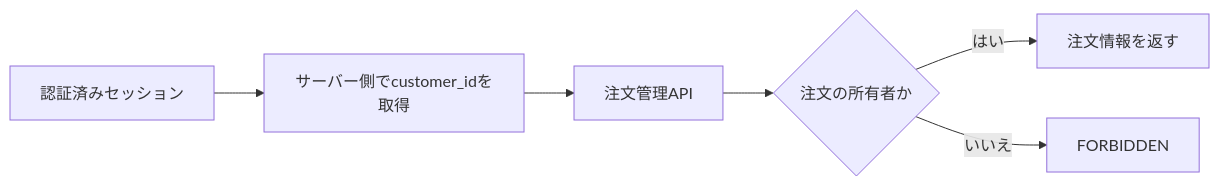
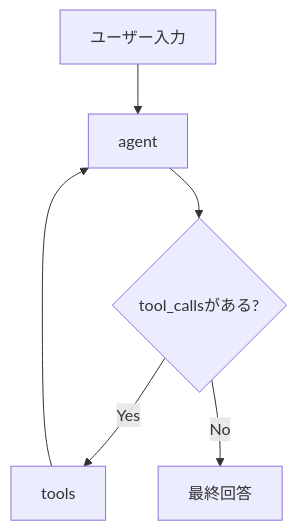
Before and after one commit to aymkbyshi/databricks-agentops-customer-support: the third of 4 diagrams in articles/databricks-agentops-zenn.md, drawn with Mermaid. The commit also changed other lines of this file, not shown here.

Commit message:
Rewrite Zenn article for full AgentOps loop

````diff
--- a/articles/databricks-agentops-zenn.md
+++ b/articles/databricks-agentops-zenn.md
@@ -212,8 +157,8 @@
 ```mermaid
-flowchart LR
-    A[認証済みセッション] --> B[サーバー側でcustomer_idを取得]
-    B --> C[注文管理API]
-    C --> D{注文の所有者か}
-    D -->|はい| E[注文情報を返す]
-    D -->|いいえ| F[FORBIDDEN]
+flowchart TD
+    A[ユーザー入力] --> B[agent]
+    B --> C{tool_callsがある?}
+    C -->|Yes| D[tools]
+    D --> B
+    C -->|No| E[最終回答]
 ```
````
